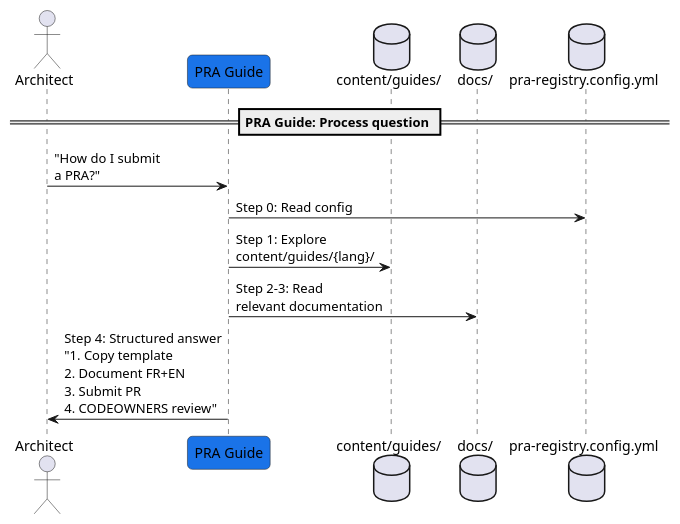
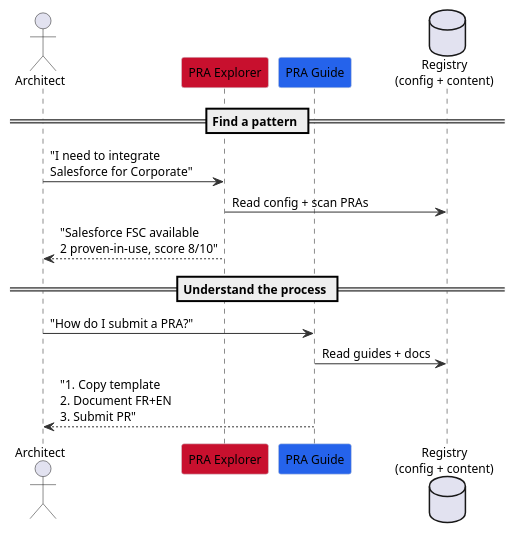
Before and after one commit to KiyaliHQ/proven-reusable-architecture: the fourth of 7 diagrams in content/pras/en/overview.adoc, drawn with PlantUML. The commit also changed other lines of this file and 1 other file, not shown here.

First line of the commit message:
fix: improve PlantUML diagrams for stakeholder presentation

```diff
--- a/content/pras/en/overview.adoc
+++ b/content/pras/en/overview.adoc
@@ -193,24 +159,33 @@
 [plantuml]
 ----
 @startuml
 skinparam backgroundColor transparent
-skinparam participant {
-  RoundCorner 10
+skinparam defaultFontName "Segoe UI"
+skinparam defaultFontSize 12
+skinparam shadowing false
+skinparam ArrowColor #333333
+skinparam sequence {
+  ParticipantBackgroundColor #ffffff
+  ParticipantBorderColor #d1d5db
+  LifeLineBackgroundColor #f9fafb
 }
 
 actor "Architect" as arch
-participant "PRA Guide" as guide #1a73e8
-database "content/guides/" as guides
-database "docs/" as docs
-database "pra-registry.config.yml" as config
+participant "PRA Explorer" as explorer #c8102e
+participant "PRA Guide" as guide #2563eb
+database "Registry\n(config + content)" as reg
 
-== PRA Guide: Process question ==
+== Find a pattern ==
 
-arch -> guide : "How do I submit\na PRA?"
-guide -> config : Step 0: Read config
-guide -> guides : Step 1: Explore\ncontent/guides/{lang}/
-guide -> docs : Step 2-3: Read\nrelevant documentation
-guide -> arch : Step 4: Structured answer\n"1. Copy template\n2. Document FR+EN\n3. Submit PR\n4. CODEOWNERS review"
+arch -> explorer : "I need to integrate\nSalesforce for Corporate"
+explorer -> reg : Read config + scan PRAs
+explorer --> arch : "Salesforce FSC available\n2 proven-in-use, score 8/10"
+
+== Understand the process ==
+
+arch -> guide : "How do I submit a PRA?"
+guide -> reg : Read guides + docs
+guide --> arch : "1. Copy template\n2. Document FR+EN\n3. Submit PR"
 
 @enduml
 ----
```
